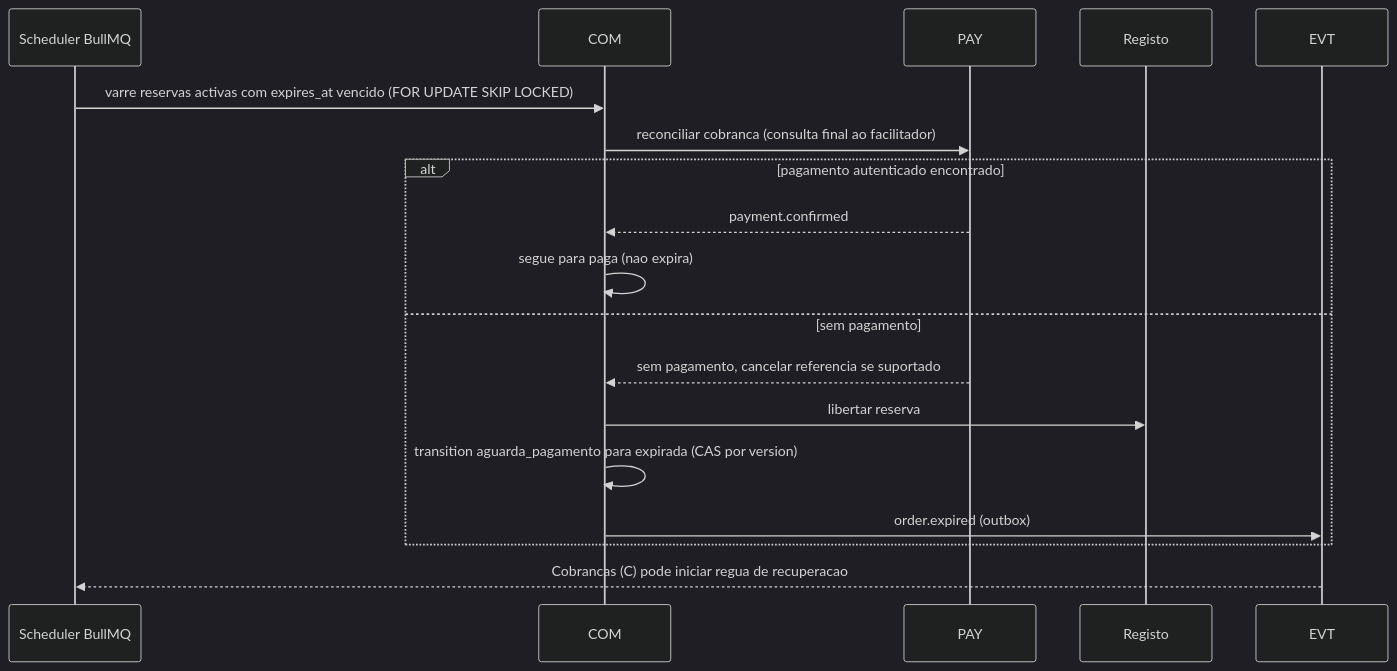
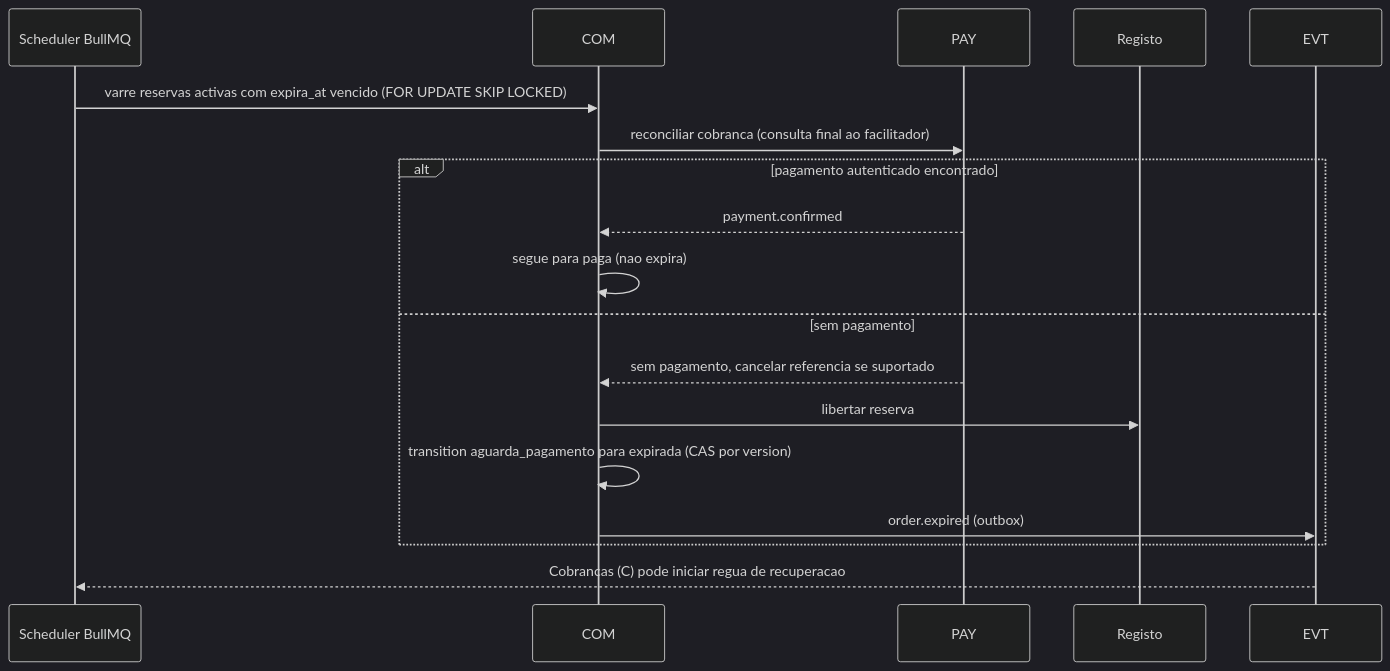
The fourth of 7 diagrams in docs/tecnica/03_Core_Comercio_Medusa.md (albinoJimy/kamba-plataforma), drawn with Mermaid (dark theme) before and after one commit. The commit also changed other lines of this file and 5 other files, not shown here.

````diff
--- a/docs/tecnica/03_Core_Comercio_Medusa.md
+++ b/docs/tecnica/03_Core_Comercio_Medusa.md
@@ -521,20 +521,20 @@
 ```mermaid
 sequenceDiagram
     participant S as Scheduler BullMQ
     participant C as COM
     participant P as PAY
     participant R as Registo
     participant B as EVT
-    S->>C: varre reservas activas com expires_at vencido (FOR UPDATE SKIP LOCKED)
+    S->>C: varre reservas activas com expira_at vencido (FOR UPDATE SKIP LOCKED)
     C->>P: reconciliar cobranca (consulta final ao facilitador)
     alt pagamento autenticado encontrado
         P-->>C: payment.confirmed
         C->>C: segue para paga (nao expira)
     else sem pagamento
         P-->>C: sem pagamento, cancelar referencia se suportado
         C->>R: libertar reserva
         C->>C: transition aguarda_pagamento para expirada (CAS por version)
         C->>B: order.expired (outbox)
     end
     B-->>S: Cobrancas (C) pode iniciar regua de recuperacao
 ```
````
